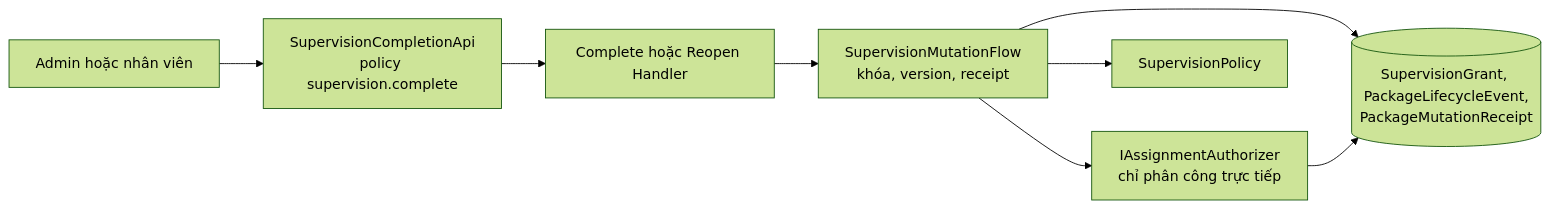
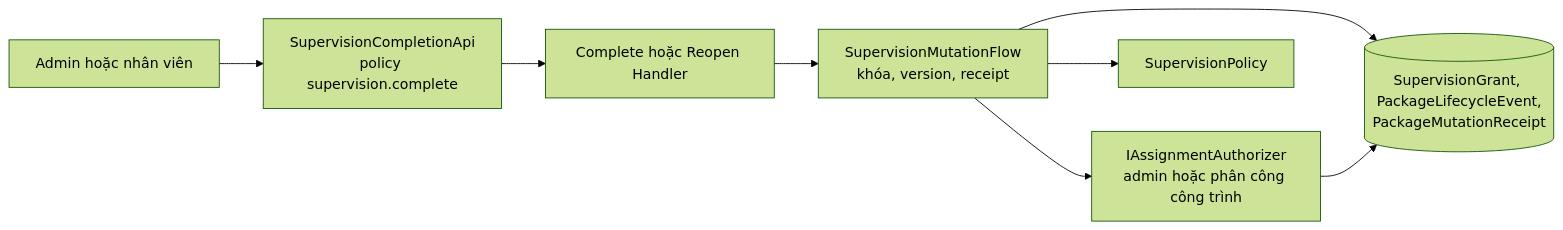
The first of 5 diagrams in tdd/TDD-SUB-006.md (TaskCoper/bmt-documentation), drawn with Mermaid (forest theme) before and after one commit. The commit also changed other lines of this file and 19 other files, not shown here.

````diff
--- a/tdd/TDD-SUB-006.md
+++ b/tdd/TDD-SUB-006.md
@@ -93,10 +102,10 @@
 ```mermaid
 flowchart LR
     S[Admin hoặc nhân viên] --> A[SupervisionCompletionApi<br/>policy supervision.complete]
     A --> H[Complete hoặc Reopen Handler]
     H --> F[SupervisionMutationFlow<br/>khóa, version, receipt]
-    F --> Z[IAssignmentAuthorizer<br/>chỉ phân công trực tiếp]
+    F --> Z[IAssignmentAuthorizer<br/>admin hoặc phân công công trình]
     F --> P[SupervisionPolicy]
     F --> D[(SupervisionGrant, PackageLifecycleEvent,<br/>PackageMutationReceipt)]
     Z --> D
 ```
````
